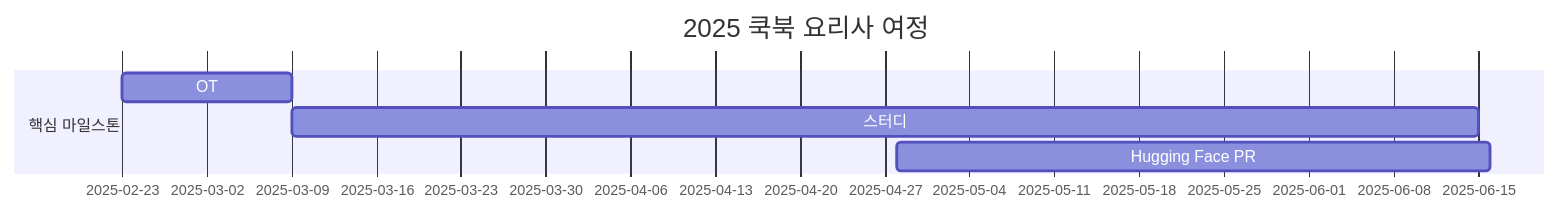
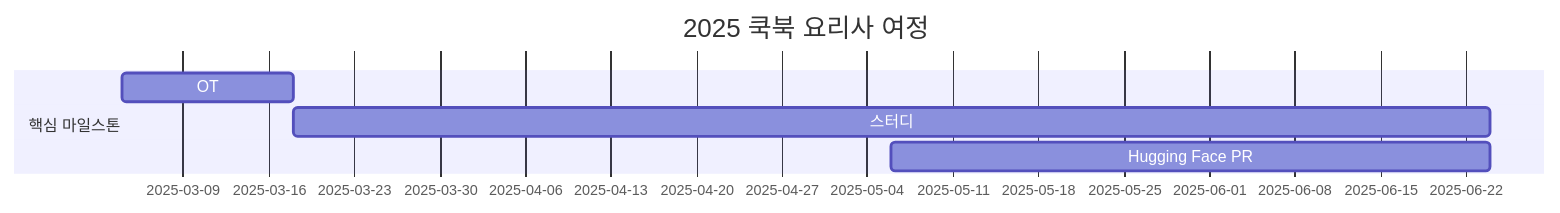
Before and after one commit to Pseudo-Lab/Hugging-Face-Cookbook-Class-Wars: the diagram in README.md, drawn with Mermaid. The commit also changed other lines of this file, not shown here.

````diff
--- a/README.md
+++ b/README.md
@@ -49,8 +49,8 @@
 ```mermaid
 gantt
     title 2025 쿡북 요리사 여정
     section 핵심 마일스톤
-    OT       :a1, 2025-02-23, 14d
+    OT       :a1, 2025-03-04, 14d
     스터디        :a2, after a1, 14w
-    Hugging Face PR    :a3, 2025-04-28, 7w
+    Hugging Face PR    :a3, 2025-05-06, 7w
 ```
````
